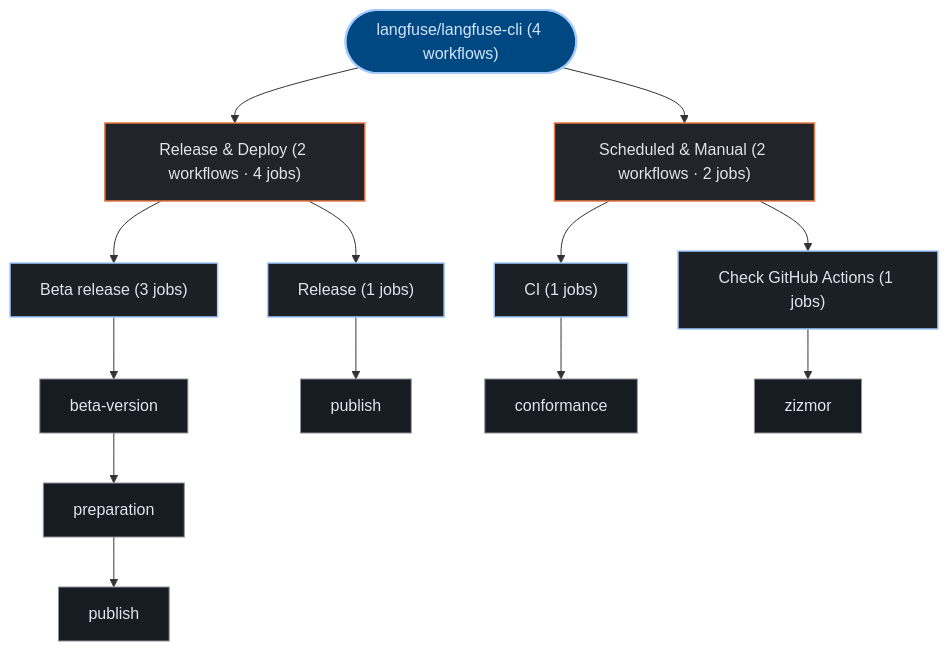
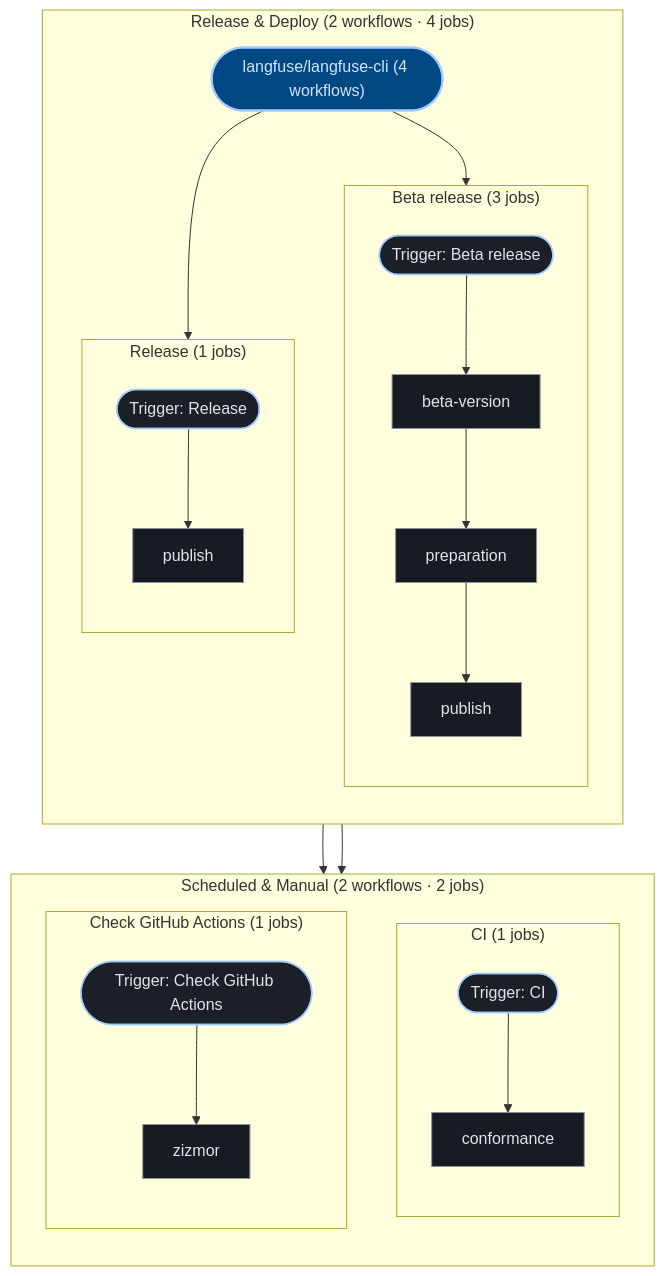
Before and after one commit to kumarshaz/atruss-code-atlas: the third of 3 diagrams in exports/latest/reports/langfuse-langfuse-cli-report.md, drawn with Mermaid. The commit also changed 181 other files, not shown here.

````diff
--- a/exports/latest/reports/langfuse-langfuse-cli-report.md
+++ b/exports/latest/reports/langfuse-langfuse-cli-report.md
@@ -138,35 +138,49 @@
 ```mermaid
 graph TD;
   classDef atlasRoot fill:#004882,stroke:#a3c9ff,stroke-width:2px,color:#d3e4ff
   classDef atlasCategory fill:#212428,stroke:#E87A48,stroke-width:1.5px,color:#dfe3eb
   classDef atlasWorkflow fill:#1b2026,stroke:#a3c9ff,stroke-width:1.5px,color:#dfe3eb
   classDef atlasJob fill:#171c22,stroke:#8d9199,stroke-width:1px,color:#dfe3eb
   classDef atlasTarget fill:#005227,stroke:#8bd99b,stroke-width:1.5px,color:#a7f6b6
   classDef atlasAlert fill:#93000a,stroke:#ffb4ab,stroke-width:1.5px,color:#ffdad6
   classDef atlasMore fill:#252a31,stroke:#8d9199,stroke-dasharray:4 4,color:#c3c6cf
   pipeline_root(["langfuse/langfuse-cli (4 workflows)"]):::atlasRoot
-  grp_0_Release___Deploy["Release & Deploy (2 workflows · 4 jobs)"]:::atlasCategory
-  pipeline_root --> grp_0_Release___Deploy
-  wf_0_Beta_release["Beta release (3 jobs)"]:::atlasWorkflow
-  grp_0_Release___Deploy --> wf_0_Beta_release
-  job_0_beta_version["beta-version"]:::atlasJob
-  job_0_preparation["preparation"]:::atlasJob
-  job_0_publish["publish"]:::atlasJob
-  wf_0_Beta_release --> job_0_beta_version
-  job_0_beta_version --> job_0_preparation
-  job_0_preparation --> job_0_publish
-  wf_2_Release["Release (1 jobs)"]:::atlasWorkflow
-  grp_0_Release___Deploy --> wf_2_Release
-  job_2_publish["publish"]:::atlasJob
-  wf_2_Release --> job_2_publish
-  grp_1_Scheduled___Manual["Scheduled & Manual (2 workflows · 2 jobs)"]:::atlasCategory
-  pipeline_root --> grp_1_Scheduled___Manual
-  wf_1_CI["CI (1 jobs)"]:::atlasWorkflow
-  grp_1_Scheduled___Manual --> wf_1_CI
-  job_1_conformance["conformance"]:::atlasJob
-  wf_1_CI --> job_1_conformance
-  wf_3_Check_GitHub_Actions["Check GitHub Actions (1 jobs)"]:::atlasWorkflow
-  grp_1_Scheduled___Manual --> wf_3_Check_GitHub_Actions
-  job_3_zizmor["zizmor"]:::atlasJob
-  wf_3_Check_GitHub_Actions --> job_3_zizmor
+  subgraph sg_grp_0_Release___Deploy["Release & Deploy (2 workflows · 4 jobs)"]
+    direction TB
+    subgraph sg_wf_0_Beta_release["Beta release (3 jobs)"]
+      direction TB
+      wf_0_Beta_release(["Trigger: Beta release"]):::atlasWorkflow
+      job_0_beta_version["beta-version"]:::atlasJob
+      job_0_preparation["preparation"]:::atlasJob
+      job_0_publish["publish"]:::atlasJob
+      wf_0_Beta_release --> job_0_beta_version
+      job_0_beta_version --> job_0_preparation
+      job_0_preparation --> job_0_publish
+    end
+    pipeline_root --> wf_0_Beta_release
+    subgraph sg_wf_2_Release["Release (1 jobs)"]
+      direction TB
+      wf_2_Release(["Trigger: Release"]):::atlasWorkflow
+      job_2_publish["publish"]:::atlasJob
+      wf_2_Release --> job_2_publish
+    end
+    pipeline_root --> wf_2_Release
+  end
+  subgraph sg_grp_1_Scheduled___Manual["Scheduled & Manual (2 workflows · 2 jobs)"]
+    direction TB
+    subgraph sg_wf_1_CI["CI (1 jobs)"]
+      direction TB
+      wf_1_CI(["Trigger: CI"]):::atlasWorkflow
+      job_1_conformance["conformance"]:::atlasJob
+      wf_1_CI --> job_1_conformance
+    end
+    pipeline_root --> wf_1_CI
+    subgraph sg_wf_3_Check_GitHub_Actions["Check GitHub Actions (1 jobs)"]
+      direction TB
+      wf_3_Check_GitHub_Actions(["Trigger: Check GitHub Actions"]):::atlasWorkflow
+      job_3_zizmor["zizmor"]:::atlasJob
+      wf_3_Check_GitHub_Actions --> job_3_zizmor
+    end
+    pipeline_root --> wf_3_Check_GitHub_Actions
+  end
 ```
````
